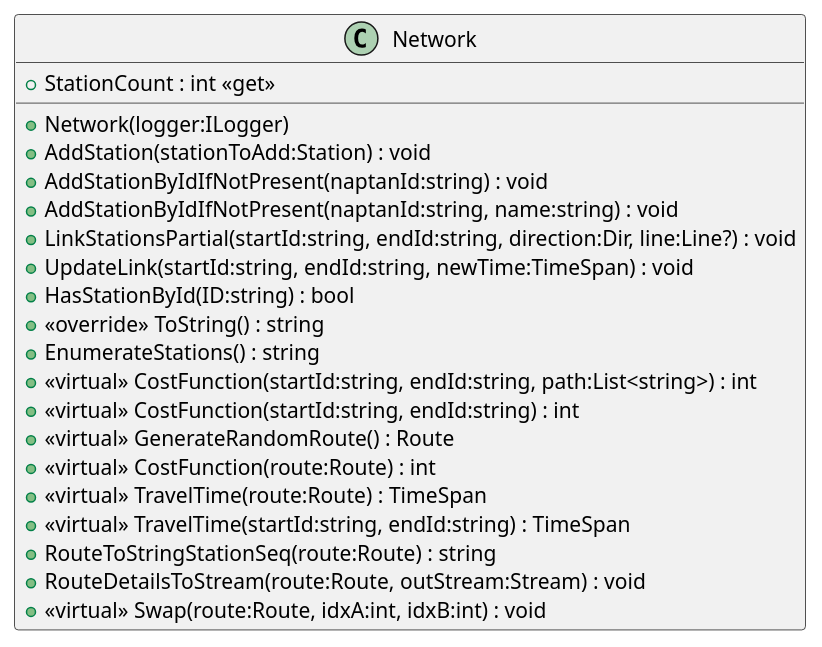
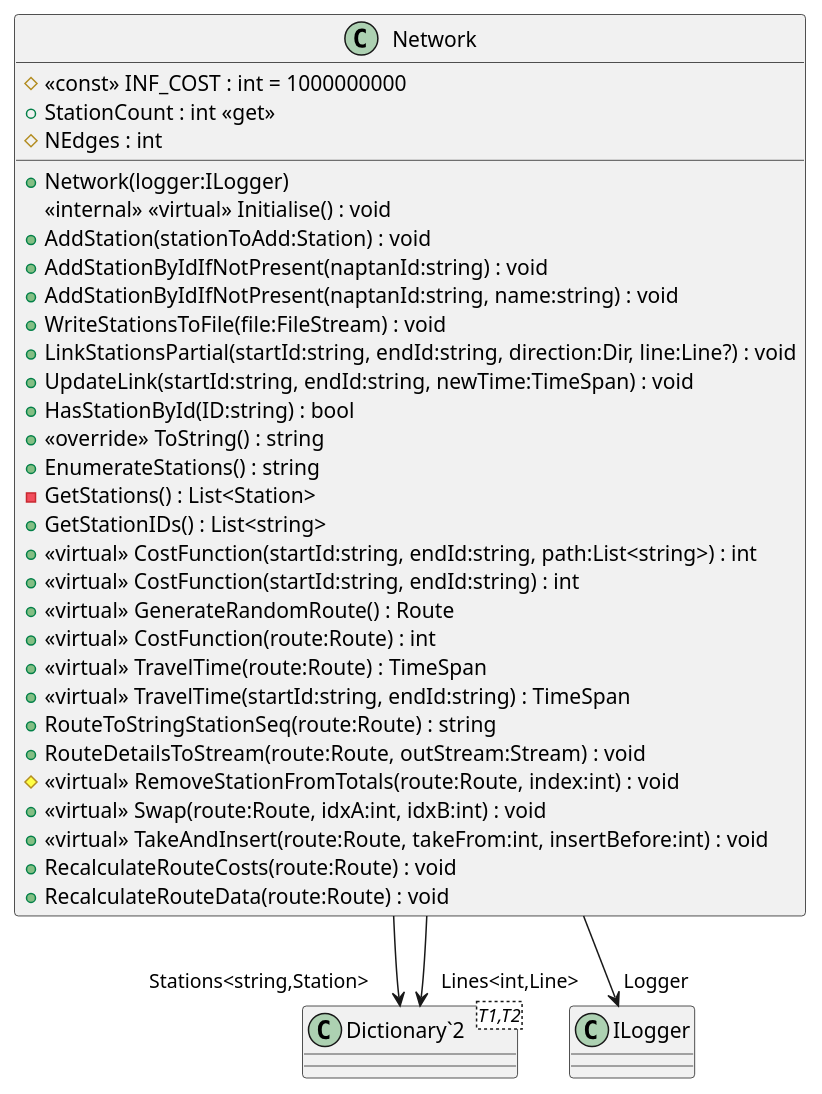
The diagram in TubeChallengeRouter/puml/TransportNetwork/Network.puml (Liftyee/london-tube-navigator), drawn with PlantUML before and after one commit. The commit also changed 36 other files, not shown here.

Commit message:
regenerate uml

```diff
--- a/TubeChallengeRouter/puml/TransportNetwork/Network.puml
+++ b/TubeChallengeRouter/puml/TransportNetwork/Network.puml
@@ -1,23 +1,38 @@
 @startuml
 class Network {
+    # <<const>> INF_COST : int = 1000000000
     + StationCount : int <<get>>
+    # NEdges : int
     + Network(logger:ILogger)
+    <<internal>> <<virtual>> Initialise() : void
     + AddStation(stationToAdd:Station) : void
     + AddStationByIdIfNotPresent(naptanId:string) : void
     + AddStationByIdIfNotPresent(naptanId:string, name:string) : void
+    + WriteStationsToFile(file:FileStream) : void
     + LinkStationsPartial(startId:string, endId:string, direction:Dir, line:Line?) : void
     + UpdateLink(startId:string, endId:string, newTime:TimeSpan) : void
     + HasStationById(ID:string) : bool
     + <<override>> ToString() : string
     + EnumerateStations() : string
+    - GetStations() : List<Station>
+    + GetStationIDs() : List<string>
     + <<virtual>> CostFunction(startId:string, endId:string, path:List<string>) : int
     + <<virtual>> CostFunction(startId:string, endId:string) : int
     + <<virtual>> GenerateRandomRoute() : Route
     + <<virtual>> CostFunction(route:Route) : int
     + <<virtual>> TravelTime(route:Route) : TimeSpan
     + <<virtual>> TravelTime(startId:string, endId:string) : TimeSpan
     + RouteToStringStationSeq(route:Route) : string
     + RouteDetailsToStream(route:Route, outStream:Stream) : void
+    # <<virtual>> RemoveStationFromTotals(route:Route, index:int) : void
     + <<virtual>> Swap(route:Route, idxA:int, idxB:int) : void
+    + <<virtual>> TakeAndInsert(route:Route, takeFrom:int, insertBefore:int) : void
+    + RecalculateRouteCosts(route:Route) : void
+    + RecalculateRouteData(route:Route) : void
 }
+class "Dictionary`2"<T1,T2> {
+}
+Network --> "Stations<string,Station>" "Dictionary`2"
+Network --> "Lines<int,Line>" "Dictionary`2"
+Network --> "Logger" ILogger
 @enduml
```
